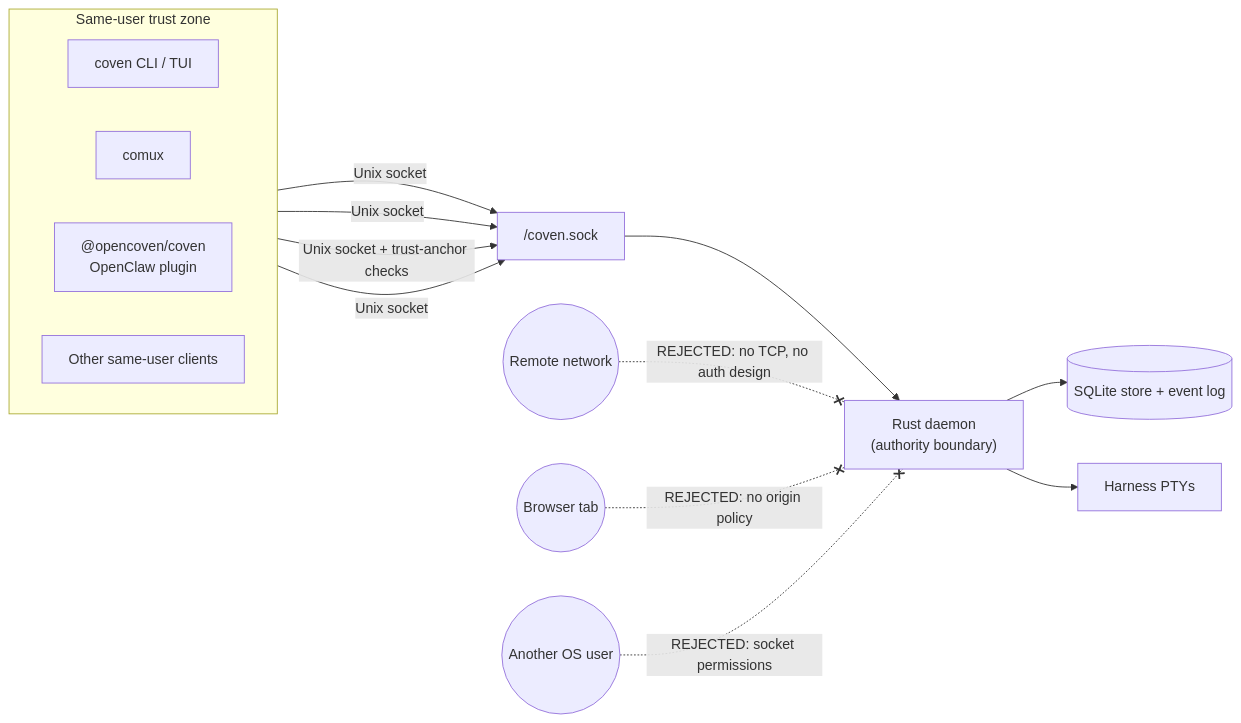
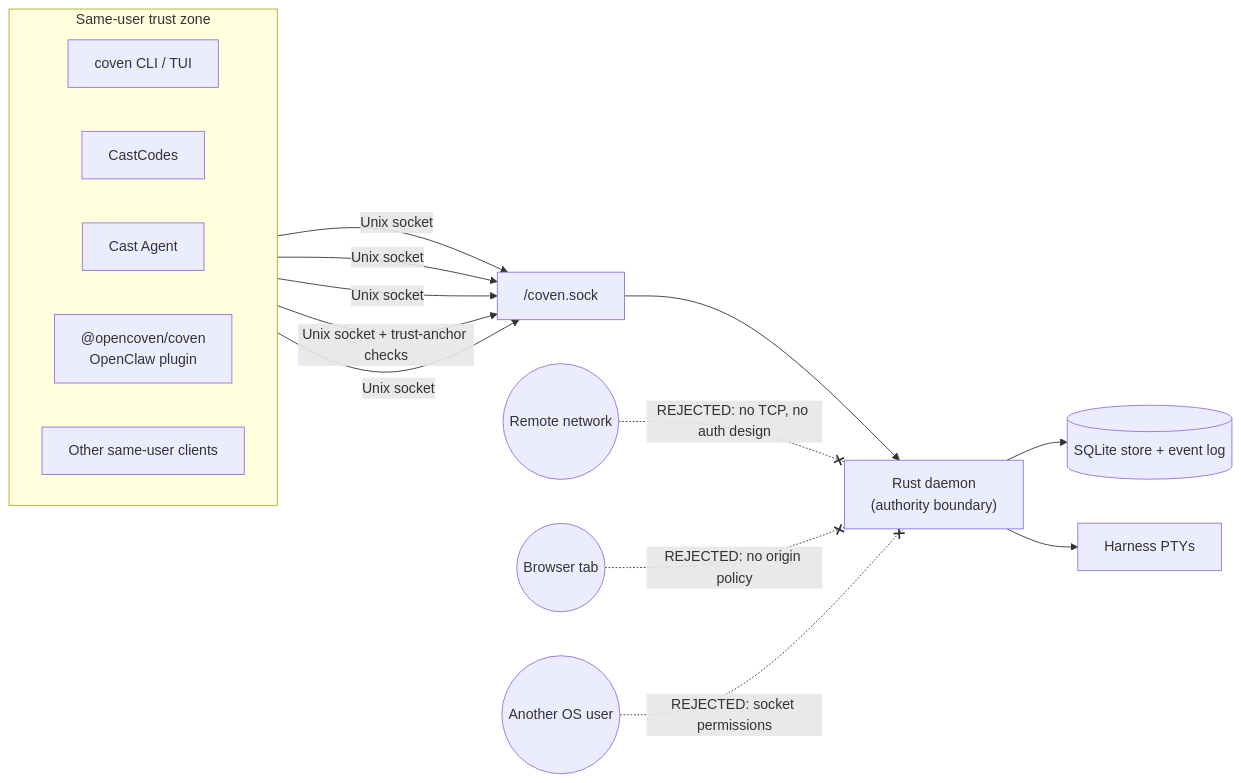
Before and after one commit to OpenCoven/coven-docs: the diagram in content/docs/reference/auth.mdx, drawn with Mermaid. The commit also changed other lines of this file and 19 other files, not shown here.

Commit message:
docs: align docs around CastCodes architecture

````diff
--- a/content/docs/reference/auth.mdx
+++ b/content/docs/reference/auth.mdx
@@ -42,23 +42,25 @@
 ```mermaid
 flowchart LR
   subgraph User["Same-user trust zone"]
     direction LR
     CLI[coven CLI / TUI]
-    Comux[comux]
+    CastCodes[CastCodes]
+    CastAgent[Cast Agent]
     Plugin["@opencoven/coven\nOpenClaw plugin"]
     Other[Other same-user clients]
   end
 
   CLI -->|Unix socket| Socket["<covenHome>/coven.sock"]
-  Comux -->|Unix socket| Socket
+  CastCodes -->|Unix socket| Socket
+  CastAgent -->|Unix socket| Socket
   Plugin -->|Unix socket + trust-anchor checks| Socket
   Other -->|Unix socket| Socket
 
   Socket --> Daemon["Rust daemon\n(authority boundary)"]
   Daemon --> Store[("SQLite store + event log")]
   Daemon --> PTY[Harness PTYs]
 
   Remote((Remote network)) -.-x|"REJECTED: no TCP, no auth design"| Daemon
   Browser((Browser tab)) -.-x|"REJECTED: no origin policy"| Daemon
   OtherUser((Another OS user)) -.-x|"REJECTED: socket permissions"| Daemon
 ```
````
